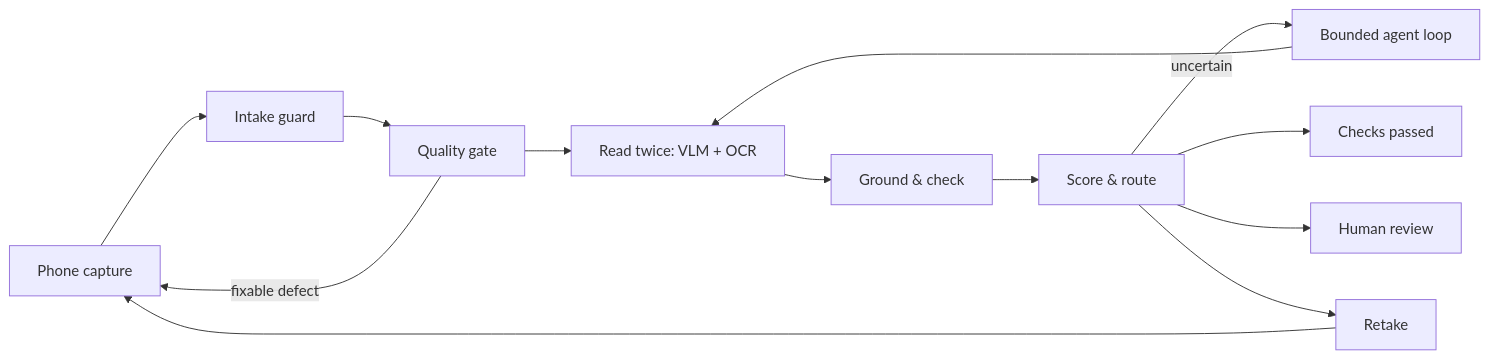
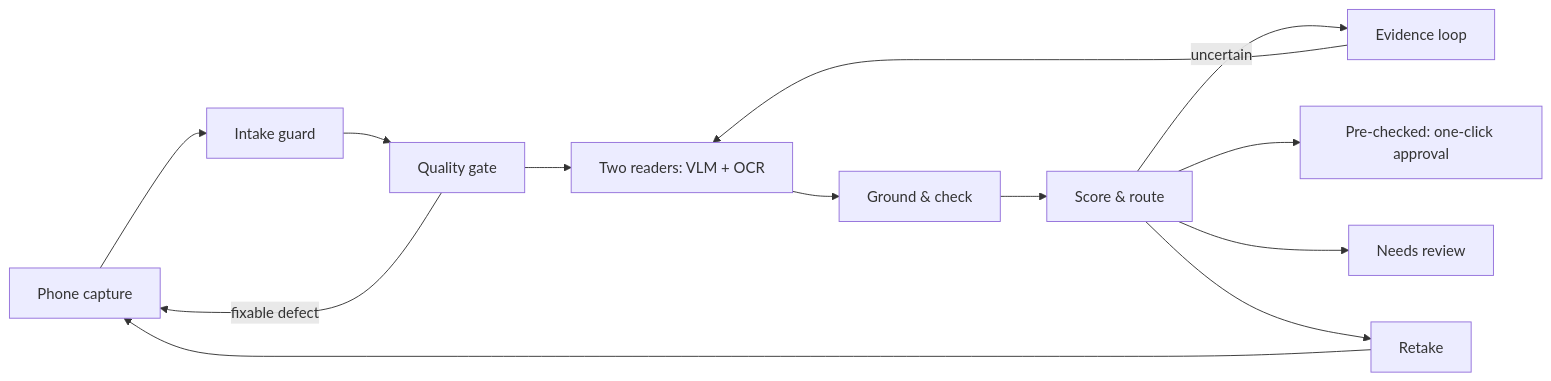
Before and after one commit to V0ightt/qareena: the diagram in README.md, drawn with Mermaid. The commit also changed other lines of this file and 6 other files, not shown here.

````diff
--- a/README.md
+++ b/README.md
@@ -26,10 +27,10 @@
 ```mermaid
 flowchart LR
   P[Phone capture] --> I[Intake guard] --> Q[Quality gate]
   Q -- fixable defect --> P
-  Q --> R[Read twice: VLM + OCR] --> G[Ground & check] --> S[Score & route]
-  S -- uncertain --> L[Bounded agent loop] --> R
-  S --> A[Checks passed]
-  S --> H[Human review]
+  Q --> R[Two readers: VLM + OCR] --> G[Ground & check] --> S[Score & route]
+  S -- uncertain --> L[Evidence loop] --> R
+  S --> A[Pre-checked: one-click approval]
+  S --> H[Needs review]
   S --> T[Retake] --> P
 ```
````
